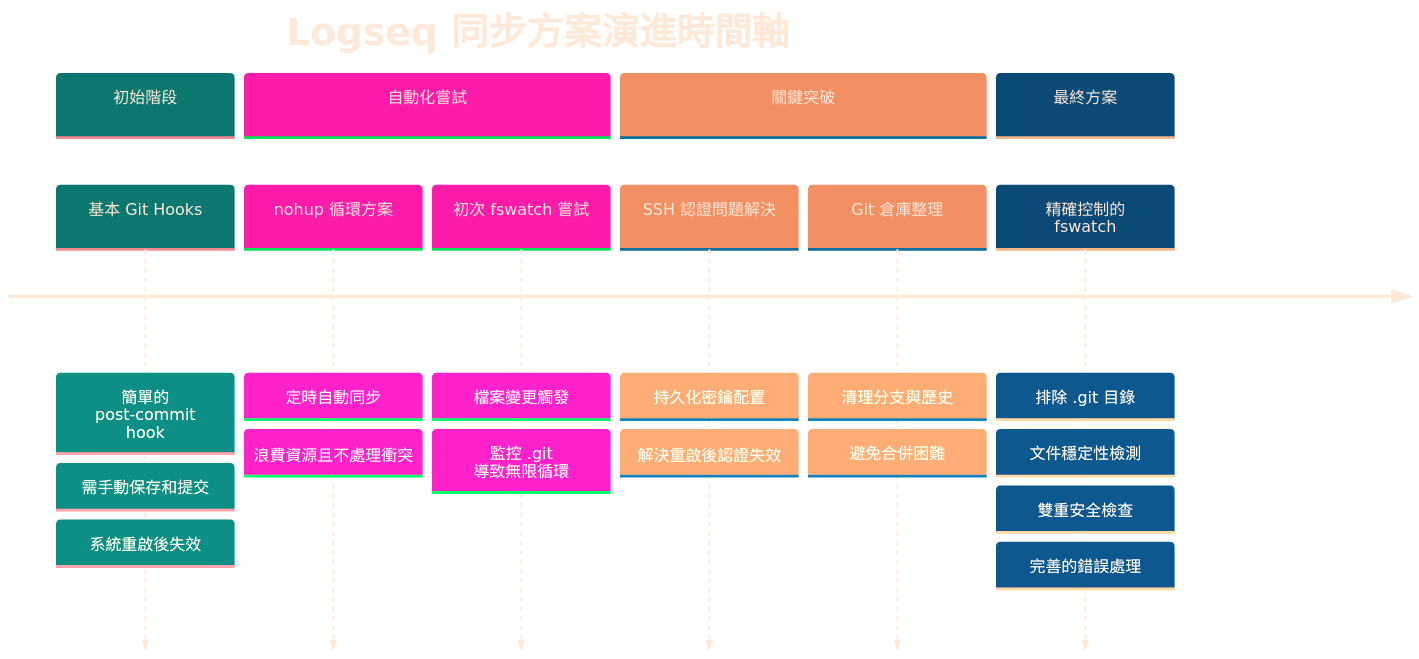
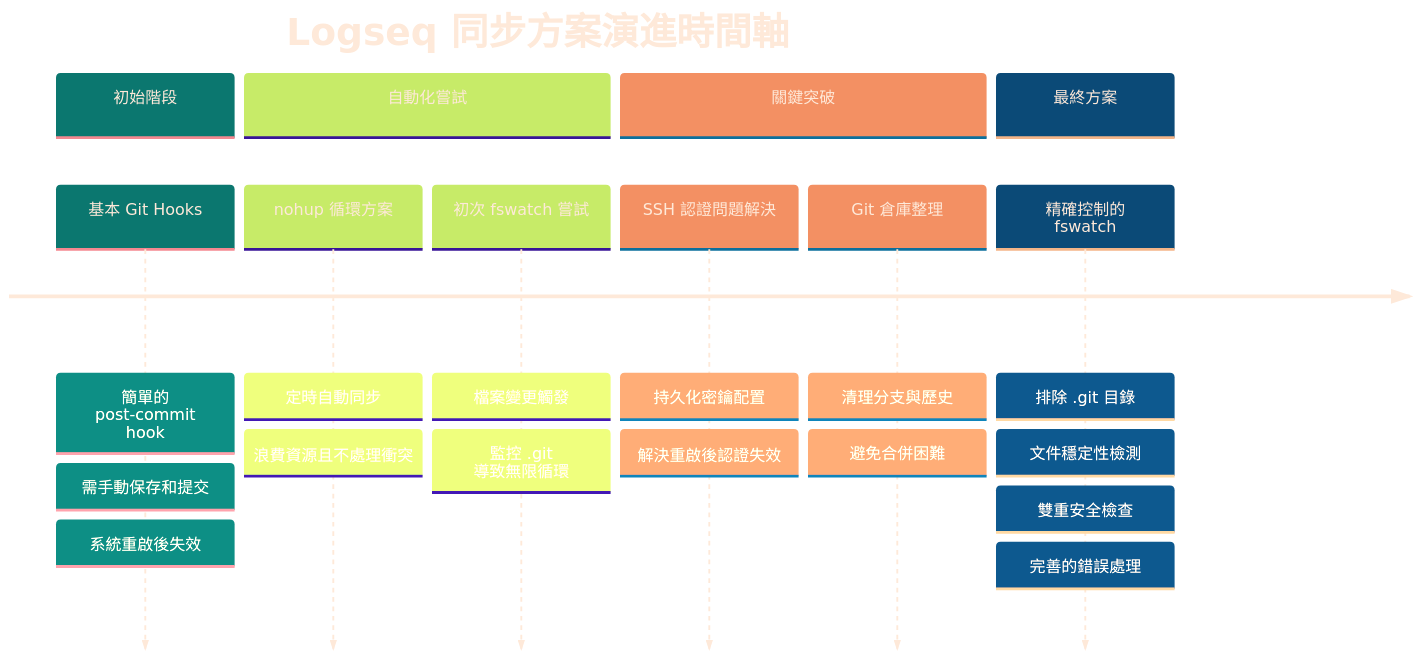
The first of 2 diagrams in Logseq同步方案演進記錄.md (GengGeng026/Sync-Logseq), drawn with Mermaid before and after one commit.

Commit message:
Auto-sync: Wed Mar 26 10:00:27 +08 2025

````diff
--- a/Logseq同步方案演進記錄.md
+++ b/Logseq同步方案演進記錄.md
@@ -24,38 +24,38 @@
 ```mermaid
 %%{init: {
   'theme': 'base', 
   'themeVariables': {
     'primaryTextColor': '#FEE9D9',
     'primaryColor': '#19E9D9',
-    'secondaryColor': '#FE9AD9',
+    'secondaryColor': '#F1FAD9',
     'tertiaryColor': '#FCE4D9',
     'primaryBorderColor': '#A9D9D9',
     'background': 'transparent',
     'clusterBkg': 'transparent',
     'fontFamily': 'default',
     'fontSize': '17px',
     'fontWeight': 'normal'
   }
 }}%%
 timeline
     title Logseq 同步方案演進時間軸
     section 初始階段
         基本 Git Hooks : 簡單的 post-commit hook
         : 需手動保存和提交
         : 系統重啟後失效
     section 自動化嘗試
         nohup 循環方案 : 定時自動同步
         : 浪費資源且不處理衝突
         初次 fswatch 嘗試 : 檔案變更觸發
         : 監控 .git 導致無限循環
     section 關鍵突破
         SSH 認證問題解決 : 持久化密鑰配置
         : 解決重啟後認證失效
         Git 倉庫整理 : 清理分支與歷史
         : 避免合併困難
     section 最終方案
         精確控制的 fswatch : 排除 .git 目錄
         : 文件穩定性檢測
         : 雙重安全檢查
         : 完善的錯誤處理
 ```
````
